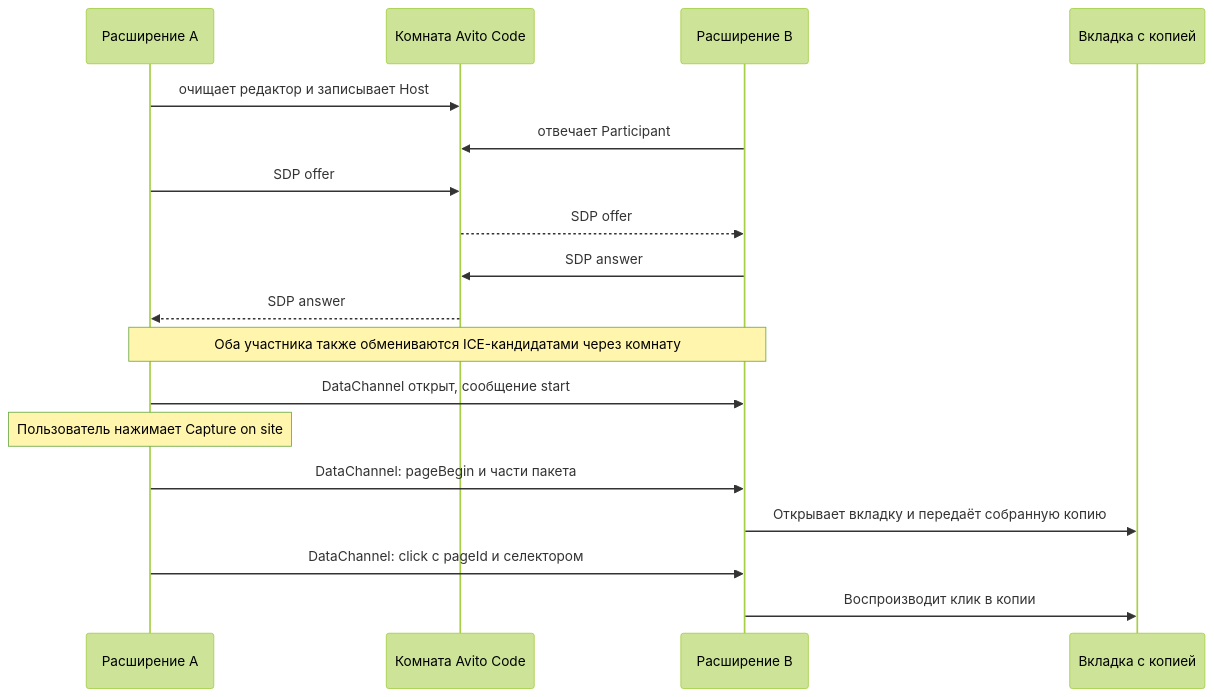
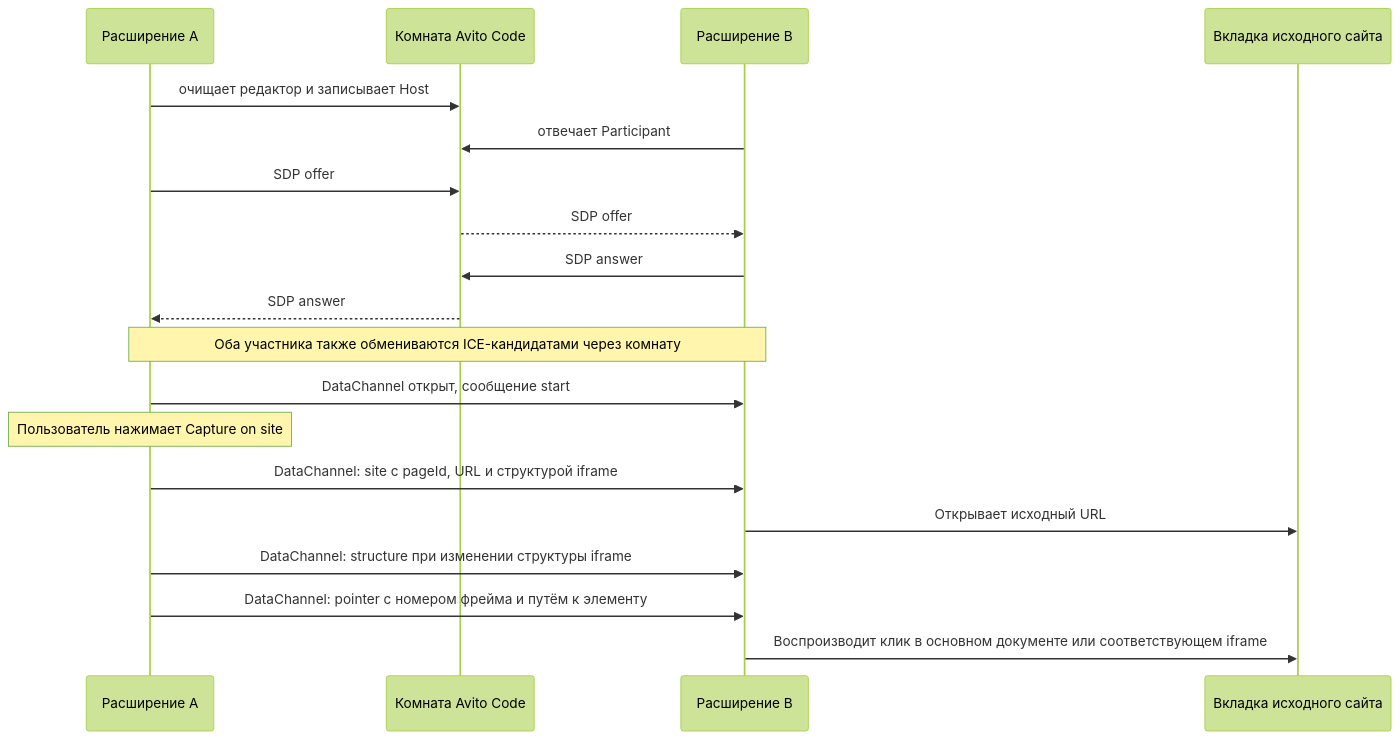
The diagram in README.md (MrPaperMoon/ScriptCapture), drawn with Mermaid (forest theme) before and after one commit. The commit also changed other lines of this file and 9 other files, not shown here.

````diff
--- a/README.md
+++ b/README.md
@@ -14,21 +14,22 @@
 ```mermaid
 sequenceDiagram
     participant A as Расширение A
     participant R as Комната Avito Code
     participant B as Расширение B
-    participant V as Вкладка с копией
+    participant V as Вкладка исходного сайта
 
     A->>R: очищает редактор и записывает Host
     B->>R: отвечает Participant
     A->>R: SDP offer
     R-->>B: SDP offer
     B->>R: SDP answer
     R-->>A: SDP answer
     Note over A,B: Оба участника также обмениваются ICE-кандидатами через комнату
     A->>B: DataChannel открыт, сообщение start
     Note over A: Пользователь нажимает Capture on site
-    A->>B: DataChannel: pageBegin и части пакета
-    B->>V: Открывает вкладку и передаёт собранную копию
-    A->>B: DataChannel: click с pageId и селектором
-    B->>V: Воспроизводит клик в копии
+    A->>B: DataChannel: site с pageId, URL и структурой iframe
+    B->>V: Открывает исходный URL
+    A->>B: DataChannel: structure при изменении структуры iframe
+    A->>B: DataChannel: pointer с номером фрейма и путём к элементу
+    B->>V: Воспроизводит клик в основном документе или соответствующем iframe
 ```
````
